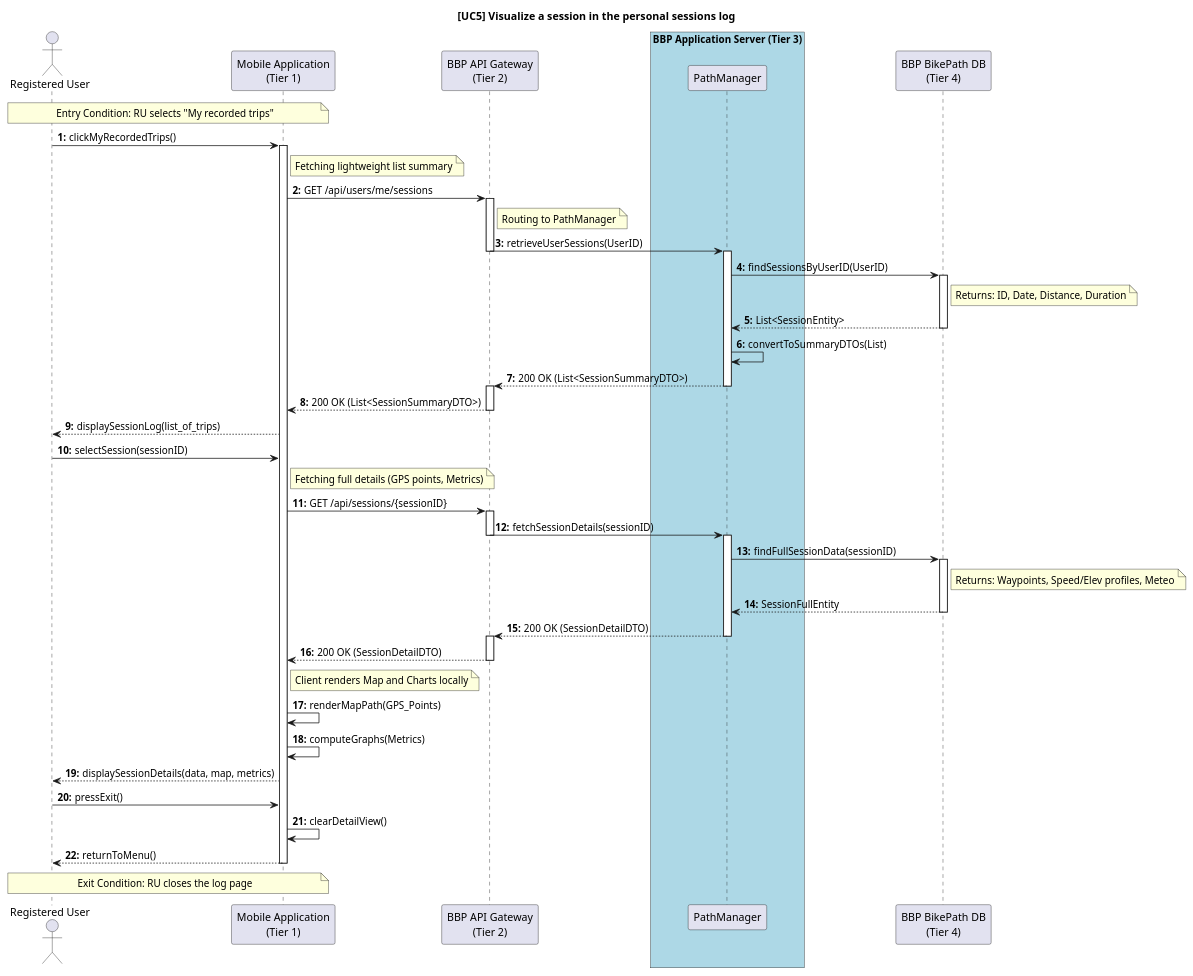
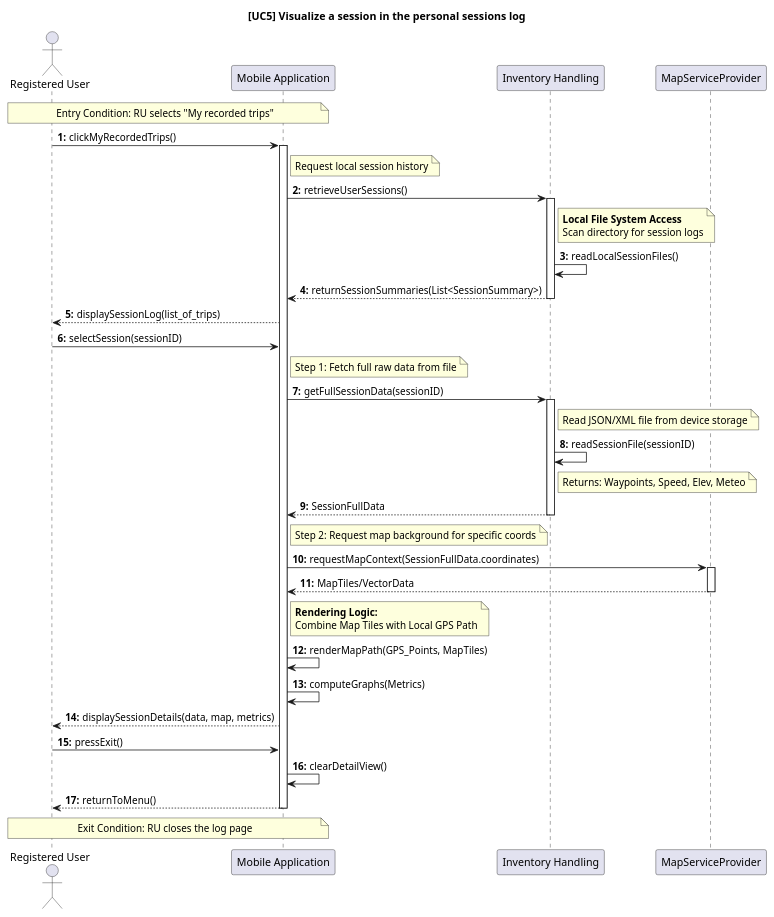
The diagram in DD/sequencediagrams/usecase5.puml (ilevinci/RubinoUvinsiVinciguerra), drawn with PlantUML before and after one commit. The commit also changed 8 other files, not shown here.

Commit message:
update sequence diagrams (use case->component)

```diff
--- a/DD/sequencediagrams/usecase5.puml
+++ b/DD/sequencediagrams/usecase5.puml
@@ -1,104 +1,82 @@
-@startuml UC5_VisualizeSessionLog_Design
+@startuml UC5_VisualizeSessionLog_Local
 autonumber "<b>0:"
 title [UC5] Visualize a session in the personal sessions log
 
 ' =======================================================
 ' COMPONENT DEFINITION
 ' =======================================================
 actor "Registered User" as RU
-participant "Mobile Application\n(Tier 1)" as Client
-participant "BBP API Gateway\n(Tier 2)" as GW
+participant "Mobile Application" as Client
 
-box "BBP Application Server (Tier 3)" #LightBlue
-    ' Usiamo PathManager perché gestisce le sessioni/corse
-    participant "PathManager" as TM
-end box
+' Componente che gestisce l'archivio locale
+participant "Inventory Handling" as IH
 
-participant "BBP BikePath DB\n(Tier 4)" as DB
+' Servizio Esterno per il rendering mappe
+participant "MapServiceProvider" as Map
 
 ' =======================================================
 ' ENTRY CONDITION
 ' =======================================================
 note over RU, Client: Entry Condition: RU selects "My recorded trips"
 
 ' =======================================================
 ' (a) SYSTEM SHOWS THE SESSIONS LOG
 ' =======================================================
 RU -> Client: clickMyRecordedTrips()
 activate Client
 
-' Richiesta della lista (solo sommari, per efficienza)
-note right of Client: Fetching lightweight list summary
-Client -> GW: GET /api/users/me/sessions
-activate GW
+note right of Client: Request local session history
+Client -> IH: retrieveUserSessions()
+activate IH
 
-note right of GW: Routing to PathManager
-GW -> TM: retrieveUserSessions(UserID)
-deactivate GW
-activate TM
+' Accesso al File System Locale
+note right of IH: **Local File System Access**\nScan directory for session logs
+IH -> IH: readLocalSessionFiles()
 
-' Query al DB per i sommari
-TM -> DB: findSessionsByUserID(UserID)
-activate DB
-note right of DB: Returns: ID, Date, Distance, Duration
-DB --> TM: List<SessionEntity>
-deactivate DB
-
-' Conversione in DTO
-TM -> TM: convertToSummaryDTOs(List)
-
-TM --> GW: 200 OK (List<SessionSummaryDTO>)
-deactivate TM
-activate GW
-GW --> Client: 200 OK (List<SessionSummaryDTO>)
-deactivate GW
+' Ritorno lista sommari
+IH --> Client: returnSessionSummaries(List<SessionSummary>)
+deactivate IH
 
 ' Visualizzazione Lista
 Client --> RU: displaySessionLog(list_of_trips)
 
 ' =======================================================
 ' (b) RU FINDS AND SELECTS THE SESSION
 ' =======================================================
 RU -> Client: selectSession(sessionID)
 
-' =======================================================
-' (c) THE SYSTEM SHOWS THE DETAILS
-' =======================================================
-note right of Client: Fetching full details (GPS points, Metrics)
-Client -> GW: GET /api/sessions/{sessionID}
-activate GW
+' 1. Recupero Dati Sessione dallo Storage Locale
+note right of Client: Step 1: Fetch full raw data from file
+Client -> IH: getFullSessionData(sessionID)
+activate IH
 
-GW -> TM: fetchSessionDetails(sessionID)
-deactivate GW
-activate TM
+note right of IH: Read JSON/XML file from device storage
+IH -> IH: readSessionFile(sessionID)
+note right of IH: Returns: Waypoints, Speed, Elev, Meteo
+IH --> Client: SessionFullData
+deactivate IH
 
-' Query al DB per i dettagli completi
-TM -> DB: findFullSessionData(sessionID)
-activate DB
-note right of DB: Returns: Waypoints, Speed/Elev profiles, Meteo
-DB --> TM: SessionFullEntity
-deactivate DB
+' 2. Recupero Mappa dal Service Provider
+note right of Client: Step 2: Request map background for specific coords
+Client -> Map: requestMapContext(SessionFullData.coordinates)
+activate Map
+Map --> Client: MapTiles/VectorData
+deactivate Map
 
-TM --> GW: 200 OK (SessionDetailDTO)
-deactivate TM
-activate GW
-GW --> Client: 200 OK (SessionDetailDTO)
-deactivate GW
-
-' Rendering lato Client (Smart Client)
-note right of Client: Client renders Map and Charts locally
-Client -> Client: renderMapPath(GPS_Points)
+' Rendering lato Client
+note right of Client: **Rendering Logic:**\nCombine Map Tiles with Local GPS Path
+Client -> Client: renderMapPath(GPS_Points, MapTiles)
 Client -> Client: computeGraphs(Metrics)
 
 Client --> RU: displaySessionDetails(data, map, metrics)
 
 ' =======================================================
 ' EXIT CONDITION
 ' =======================================================
 RU -> Client: pressExit()
 Client -> Client: clearDetailView()
 Client --> RU: returnToMenu()
 note over RU, Client: Exit Condition: RU closes the log page
 
 deactivate Client
 @enduml
```
